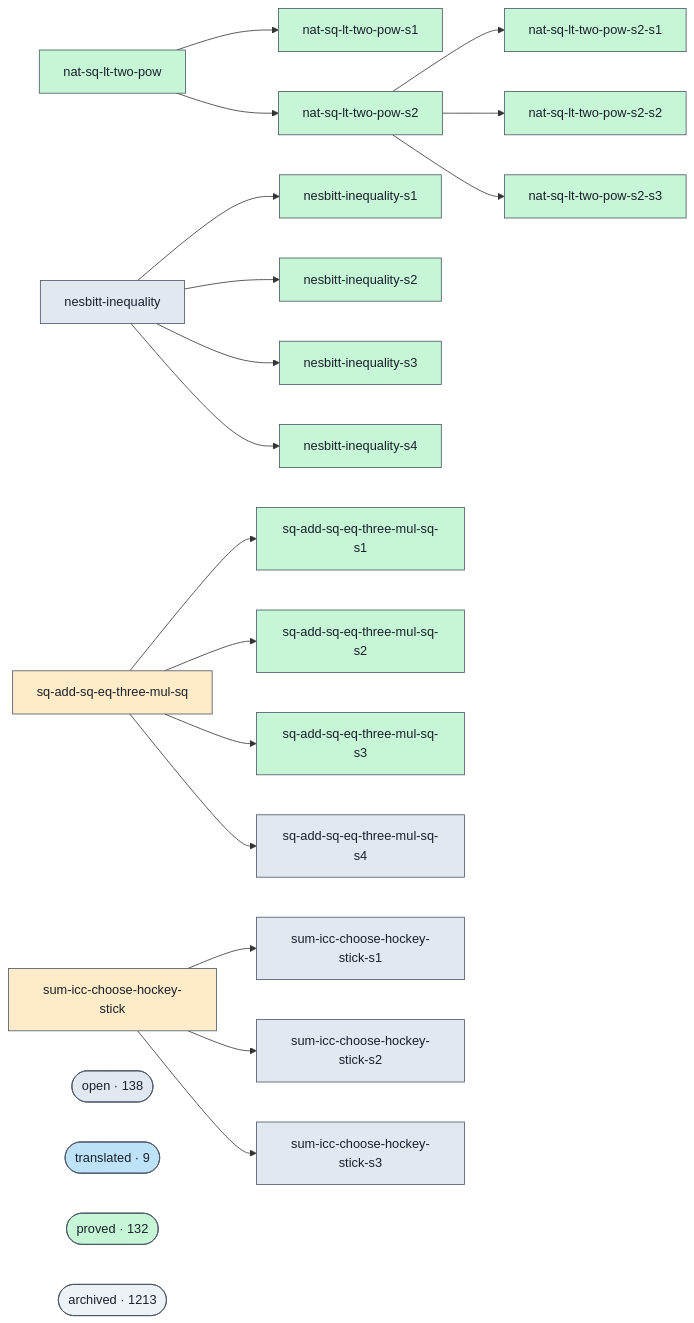
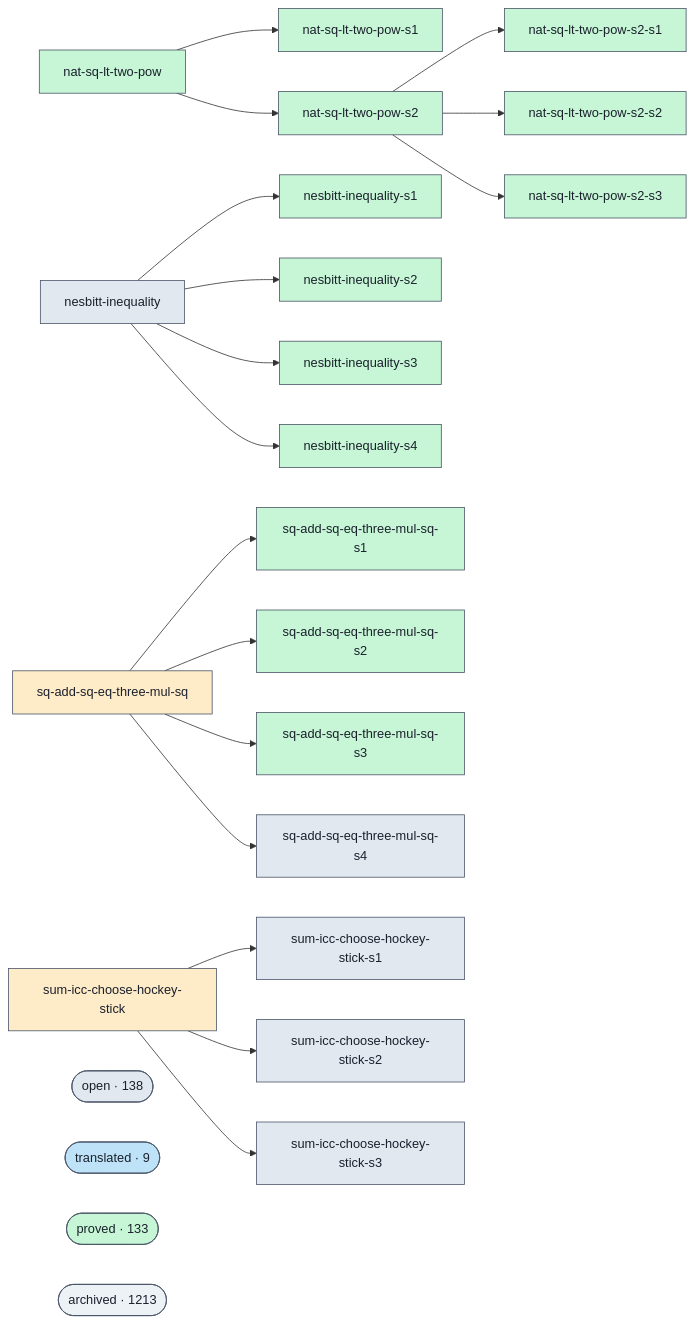
The diagram in docs/proofs-contributors-visualisation.md (ohdearquant/unsorry), drawn with Mermaid before and after one commit. The commit also changed other lines of this file and 2 other files, not shown here.

```diff
--- a/docs/proofs-contributors-visualisation.md
+++ b/docs/proofs-contributors-visualisation.md
@@ -102,7 +102,7 @@
   class cluster_open open;
   cluster_translated(["translated · 9"])
   class cluster_translated translated;
-  cluster_proved(["proved · 132"])
+  cluster_proved(["proved · 133"])
   class cluster_proved proved;
   cluster_archived(["archived · 1213"])
   class cluster_archived unknown;
```
